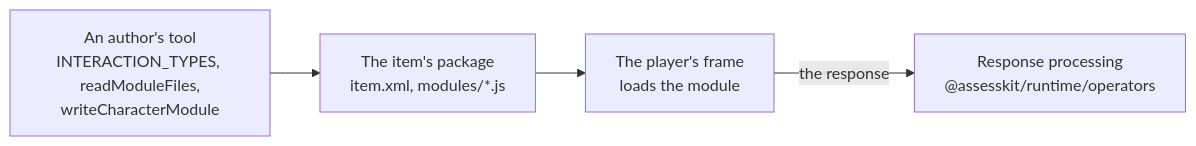
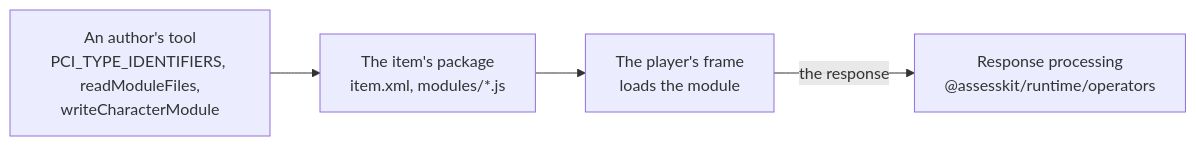
The diagram in packages/custom-interactions/README.md (assesskit/assesskit), drawn with Mermaid before and after one commit. The commit also changed other lines of this file and 15 other files, not shown here.

First line of the commit message:
Name the PCI type identifiers PCI_TYPE_IDENTIFIERS

````diff
--- a/packages/custom-interactions/README.md
+++ b/packages/custom-interactions/README.md
@@ -32,6 +32,6 @@
 ```mermaid
 flowchart LR
-  tool["An author's tool<br/>INTERACTION_TYPES, readModuleFiles,<br/>writeCharacterModule"] --> pkg["The item's package<br/>item.xml, modules/*.js"]
+  tool["An author's tool<br/>PCI_TYPE_IDENTIFIERS, readModuleFiles,<br/>writeCharacterModule"] --> pkg["The item's package<br/>item.xml, modules/*.js"]
   pkg --> frame["The player's frame<br/>loads the module"]
   frame -- "the response" --> rp["Response processing<br/>@assesskit/runtime/operators"]
 ```
````
